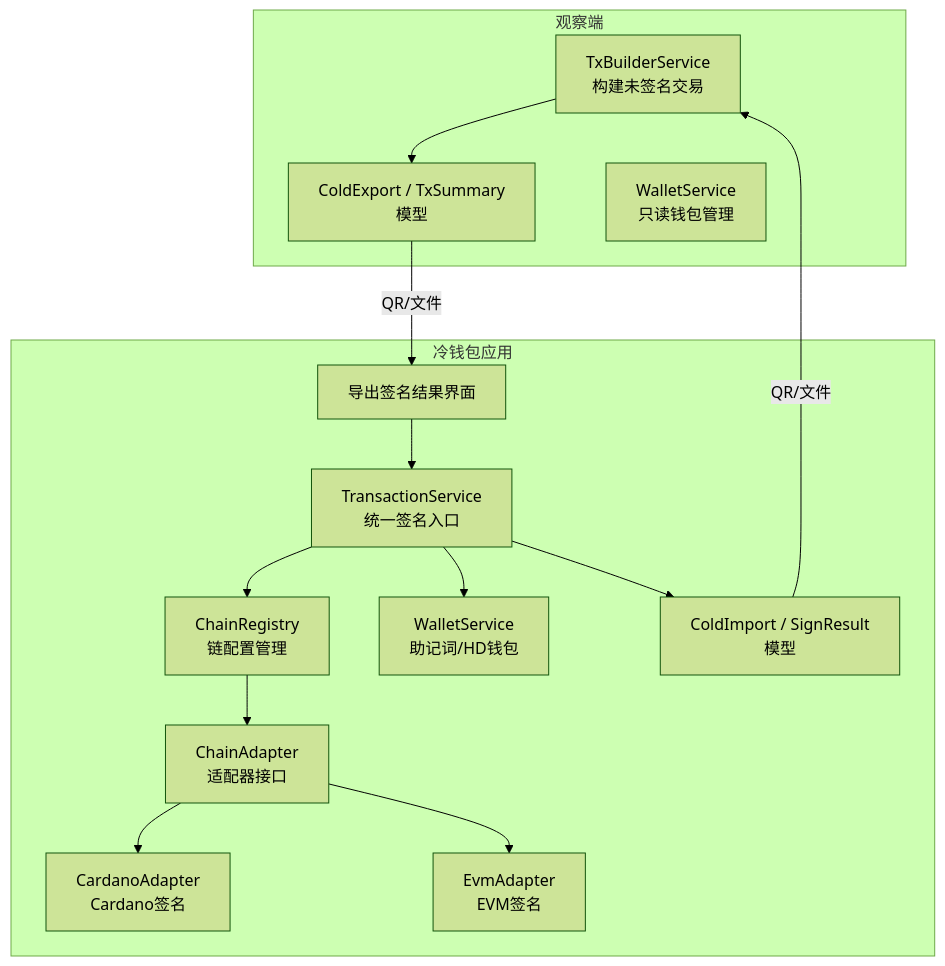
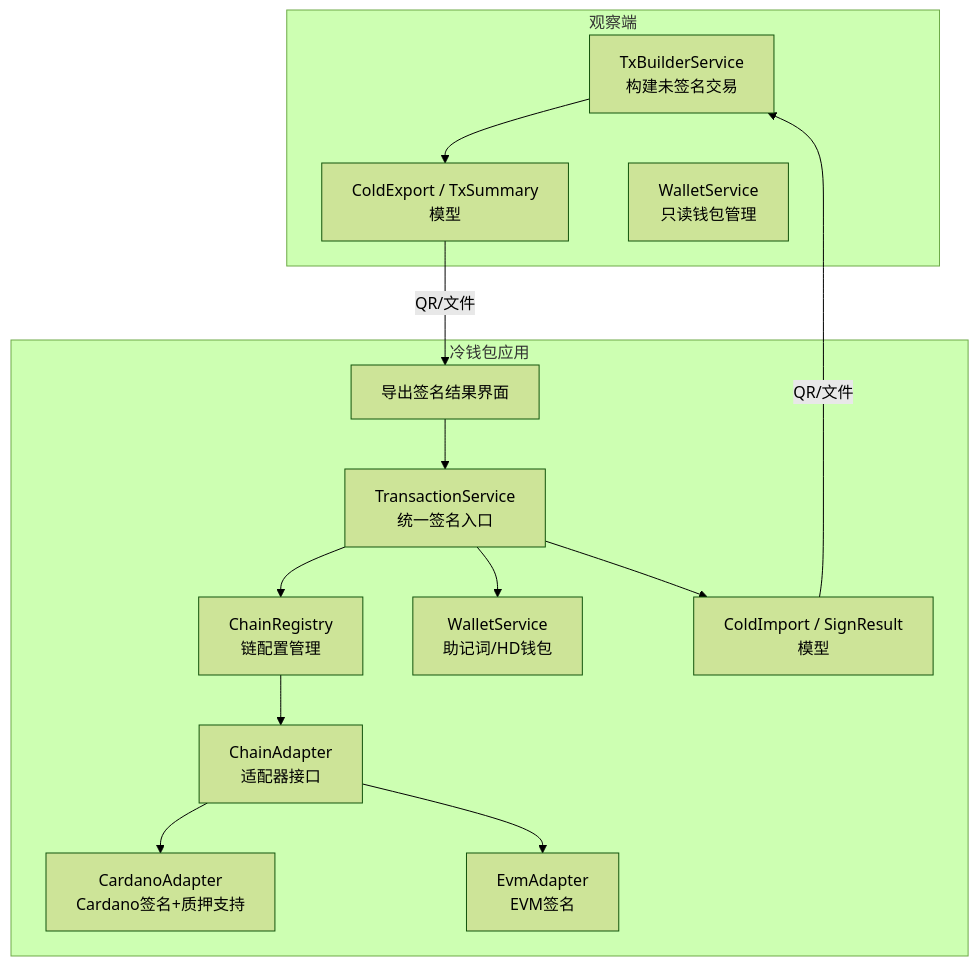
Before and after one commit to EqualToEthan/stasis: the first of 8 diagrams in .qoder/repowiki/zh/content/核心服务/交易处理服务.md, drawn with Mermaid (forest theme). The commit also changed other lines of this file and 60 other files, not shown here.

````diff
--- a/.qoder/repowiki/zh/content/核心服务/交易处理服务.md
+++ b/.qoder/repowiki/zh/content/核心服务/交易处理服务.md
@@ -53,28 +58,28 @@
 ```mermaid
 graph TB
 subgraph "观察端"
 W1["TxBuilderService<br/>构建未签名交易"]
 M1["ColdExport / TxSummary<br/>模型"]
 S1["WalletService<br/>只读钱包管理"]
 end
 subgraph "冷钱包应用"
 T1["TransactionService<br/>统一签名入口"]
 A1["ChainRegistry<br/>链配置管理"]
 A2["ChainAdapter<br/>适配器接口"]
-A3["CardanoAdapter<br/>Cardano签名"]
+A3["CardanoAdapter<br/>Cardano签名+质押支持"]
 A4["EvmAdapter<br/>EVM签名"]
 M2["ColdImport / SignResult<br/>模型"]
 S2["WalletService<br/>助记词/HD钱包"]
 UI1["导出签名结果界面"]
 end
 W1 --> M1
 M1 -- "QR/文件" --> UI1
 UI1 --> T1
 T1 --> A1
 A1 --> A2
 A2 --> A3
 A2 --> A4
 T1 --> S2
 T1 --> M2
 M2 -- "QR/文件" --> W1
 ```
````
